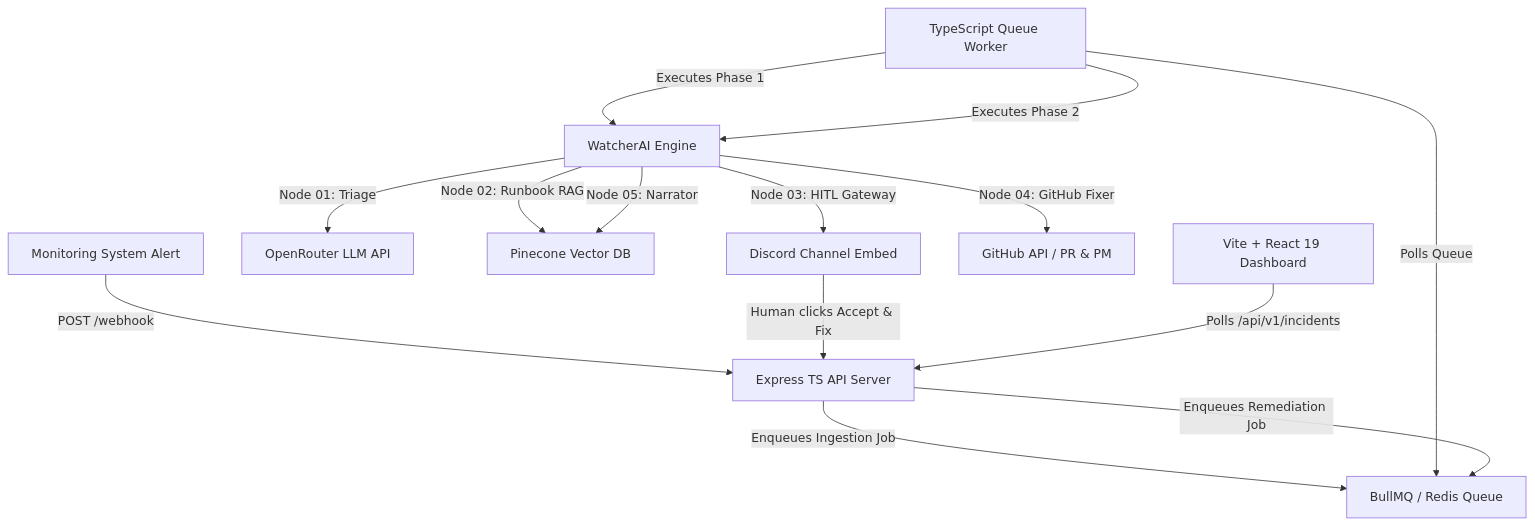
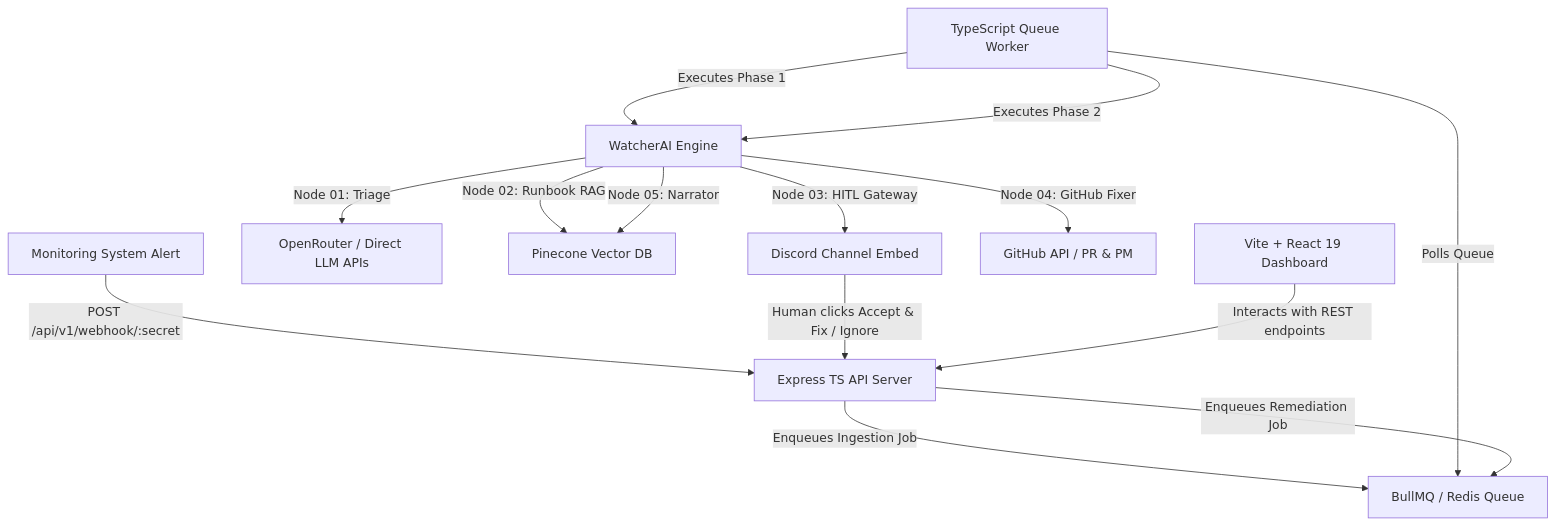
One commit to AyShakya/WatcherAgent changed the first of 2 diagrams in README.md. Above: the diagram before and after it, drawn with Mermaid. The commit also changed other lines of this file, not shown here.

````diff
--- a/README.md
+++ b/README.md
@@ -39,18 +39,18 @@
 ```mermaid
 graph TD
-    Alert[Monitoring System Alert] -->|POST /webhook| Express[Express TS API Server]
+    Alert[Monitoring System Alert] -->|POST /api/v1/webhook/:secret| Express[Express TS API Server]
     Express -->|Enqueues Ingestion Job| Bull[BullMQ / Redis Queue]
     Worker[TypeScript Queue Worker] -->|Polls Queue| Bull
     Worker -->|Executes Phase 1| Engine[WatcherAI Engine]
-    Engine -->|Node 01: Triage| OpenRouter[OpenRouter LLM API]
+    Engine -->|Node 01: Triage| OpenRouter[OpenRouter / Direct LLM APIs]
     Engine -->|Node 02: Runbook RAG| Pinecone[Pinecone Vector DB]
     Engine -->|Node 03: HITL Gateway| Discord[Discord Channel Embed]
     
-    Discord -->|Human clicks Accept & Fix| Express
+    Discord -->|Human clicks Accept & Fix / Ignore| Express
     Express -->|Enqueues Remediation Job| Bull
     Worker -->|Executes Phase 2| Engine
     Engine -->|Node 04: GitHub Fixer| GitHub[GitHub API / PR & PM]
     Engine -->|Node 05: Narrator| Pinecone
     
-    Frontend[Vite + React 19 Dashboard] -->|Polls /api/v1/incidents| Express
+    Frontend[Vite + React 19 Dashboard] -->|Interacts with REST endpoints| Express
 ```
````
